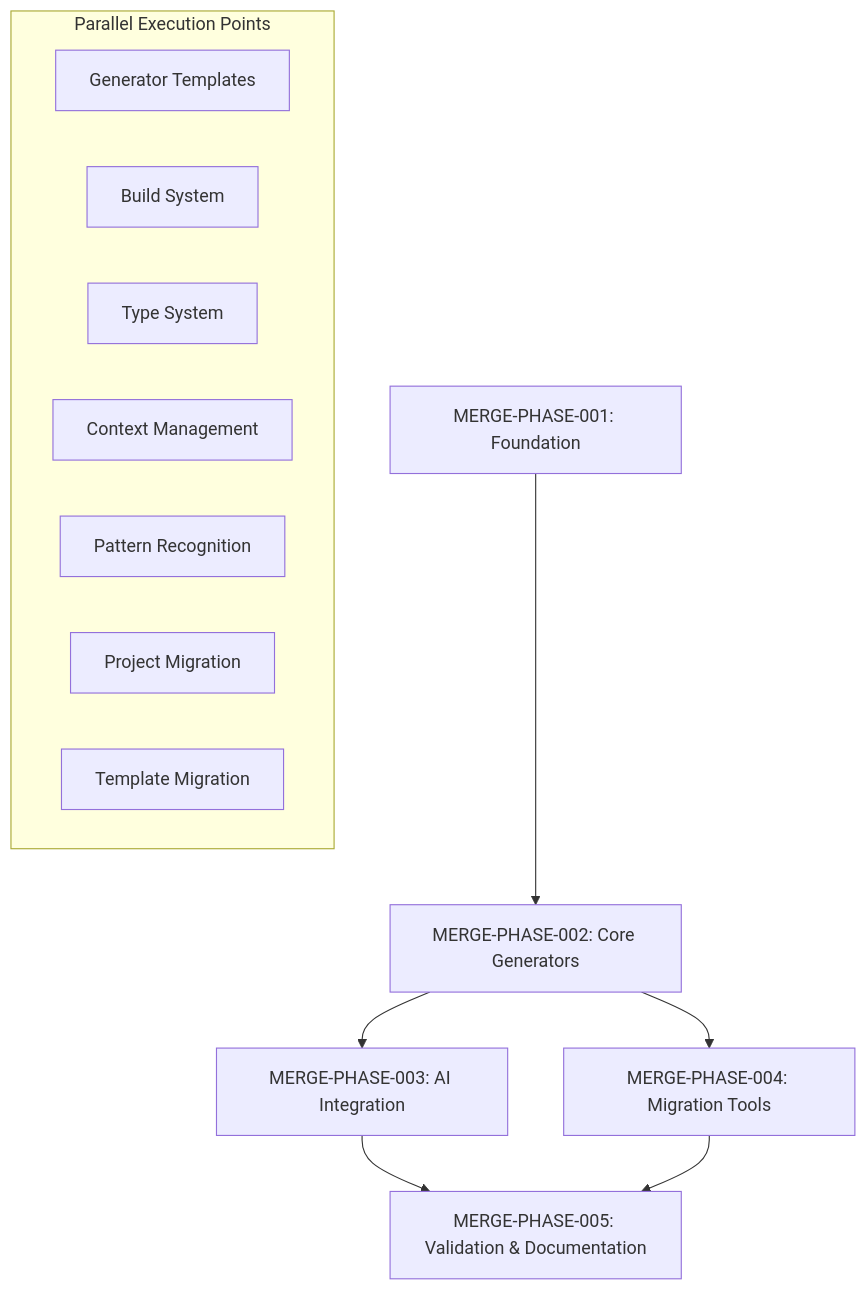
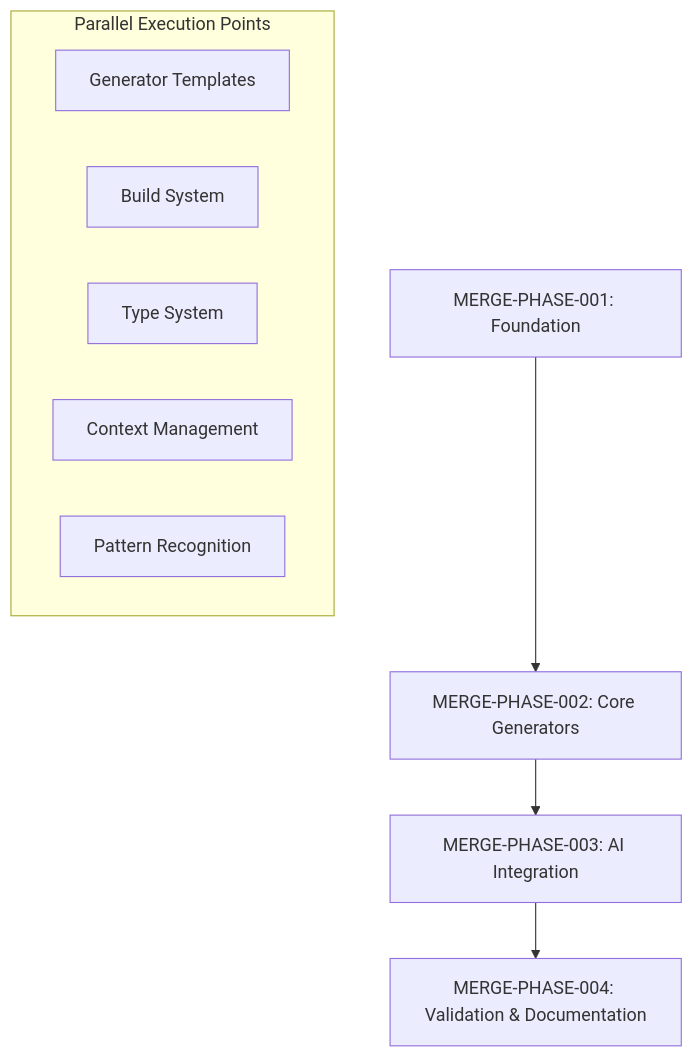
One commit to GodSpeedAI/VibesPro changed the diagram in docs/mergekit/IMPLEMENTATION-PLAN.md. Above: the diagram before and after it, drawn with Mermaid. The commit also changed other lines of this file and 26 other files, not shown here.

First line of the commit message:
Remove migration tools and related tests; update documentation generation to exclude migration guides

````diff
--- a/docs/mergekit/IMPLEMENTATION-PLAN.md
+++ b/docs/mergekit/IMPLEMENTATION-PLAN.md
@@ -31,18 +31,14 @@
 ```mermaid
 graph TD
     A[MERGE-PHASE-001: Foundation] --> B[MERGE-PHASE-002: Core Generators]
     B --> C[MERGE-PHASE-003: AI Integration]
-    B --> D[MERGE-PHASE-004: Migration Tools]
-    C --> E[MERGE-PHASE-005: Validation & Documentation]
-    D --> E
+    C --> E[MERGE-PHASE-004: Validation & Documentation]
 
     subgraph "Parallel Execution Points"
         B1[Generator Templates]
         B2[Build System]
         B3[Type System]
         C1[Context Management]
         C2[Pattern Recognition]
-        D1[Project Migration]
-        D2[Template Migration]
     end
 ```
````
